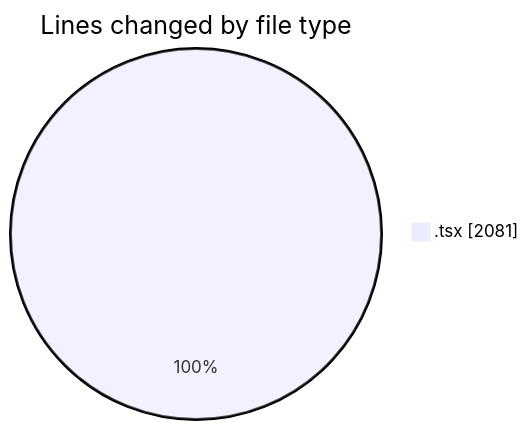
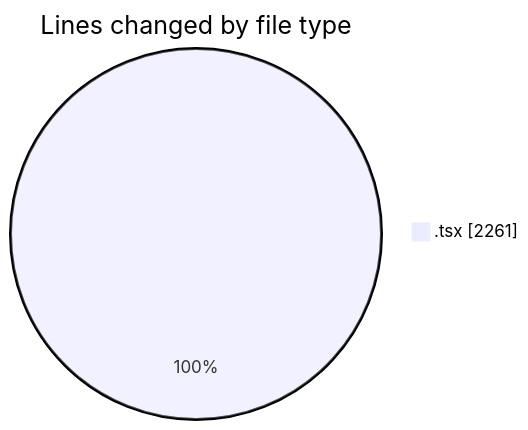
Before and after one commit to nxtqubesakshisongat/code-tracking: the first of 2 diagrams in 2026-02-09/nxtqube_webapp/README.md, drawn with Mermaid. The commit also changed other lines of this file and 1 other file, not shown here.

````diff
--- a/2026-02-09/nxtqube_webapp/README.md
+++ b/2026-02-09/nxtqube_webapp/README.md
@@ -22,5 +22,5 @@
 ```mermaid
 pie showData
 title Lines changed by file type
-".tsx" : 2081
+".tsx" : 2261
 ```
````
